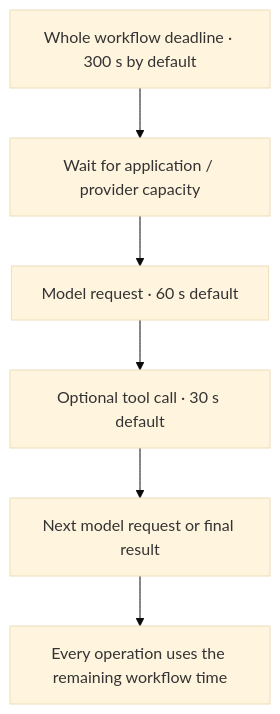
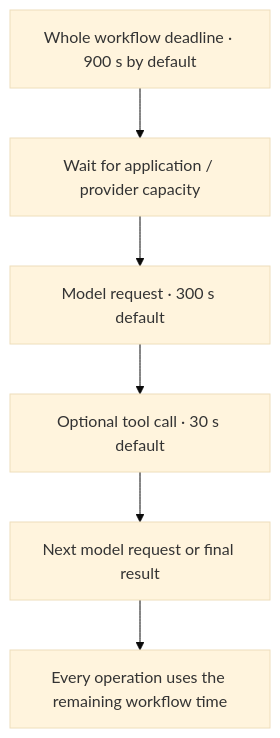
Before and after one commit to sebastianwessel/foliqant: the diagram in docs/configuration/limits.md, drawn with Mermaid (base theme). The commit also changed other lines of this file and 153 other files, not shown here.

````diff
--- a/docs/configuration/limits.md
+++ b/docs/configuration/limits.md
@@ -47,8 +62,8 @@
 ```mermaid
 flowchart TB
-    run["Whole workflow deadline · 300 s by default"] --> admission["Wait for application / provider capacity"]
-    admission --> model["Model request · 60 s default"]
+    run["Whole workflow deadline · 900 s by default"] --> admission["Wait for application / provider capacity"]
+    admission --> model["Model request · 300 s default"]
     model --> tool["Optional tool call · 30 s default"]
     tool --> answer["Next model request or final result"]
     answer --> remaining["Every operation uses the remaining workflow time"]
 ```
````
